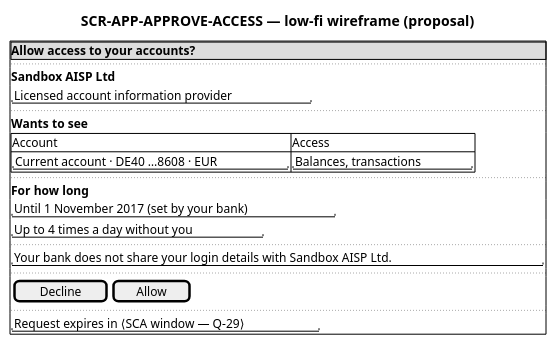
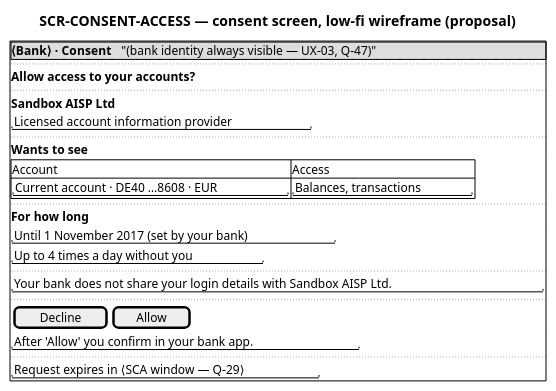
One commit to vondacho/psd2-sandbox changed the diagram in docs/system/uml/ux/wf-approve-access.puml. Above: the diagram before and after it, drawn with PlantUML. The commit also changed 32 other files, not shown here.

First line of the commit message:
Realign proposal with ADR revision: consent screen, app as last factor

```diff
--- a/docs/system/uml/ux/wf-approve-access.puml
+++ b/docs/system/uml/ux/wf-approve-access.puml
@@ -1,28 +1,32 @@
 @startsalt wf-approve-access
-' Low-fi wireframe — SCR-APP-APPROVE-ACCESS, fed by RM-CONSENT-APPROVAL. PROPOSAL, AI, 2026-09-19.
+' Low-fi wireframe — SCR-CONSENT-ACCESS (web consent screen), fed by RM-CONSENT-APPROVAL.
+' PROPOSAL, AI, 2026-09-19; iteration 3 moved it from the app to the consent screen (SRC-ADR 87c72b8).
 ' Every field maps to a read-model field; the copy is placeholder, not UX-approved (gate G1).
 ' Data: spec example consent (SRC-IG §6.3.1.1); "Sandbox AISP Ltd" is a placeholder (A-09).
-title SCR-APP-APPROVE-ACCESS — low-fi wireframe (proposal)
+title SCR-CONSENT-ACCESS — consent screen, low-fi wireframe (proposal)
 {+
-  {* <b>Allow access to your accounts?</b> }
+  {* <b>⟨Bank⟩ · Consent</b> | "(bank identity always visible — UX-03, Q-47)" }
+  ..
+  <b>Allow access to your accounts?</b>
   ..
   <b>Sandbox AISP Ltd</b>
   "Licensed account information provider"
   ..
   <b>Wants to see</b>
   {#
     Account | Access
     "Current account · DE40 …8608 · EUR" | "Balances, transactions"
   }
   ..
   <b>For how long</b>
   "Until 1 November 2017 (set by your bank)"
   "Up to 4 times a day without you"
   ..
   "Your bank does not share your login details with Sandbox AISP Ltd."
   ..
   { [  Decline  ] | [  Allow  ] }
+  "After 'Allow' you confirm in your bank app."
   ..
   "Request expires in ⟨SCA window — Q-29⟩"
 }
 @endsalt
```
